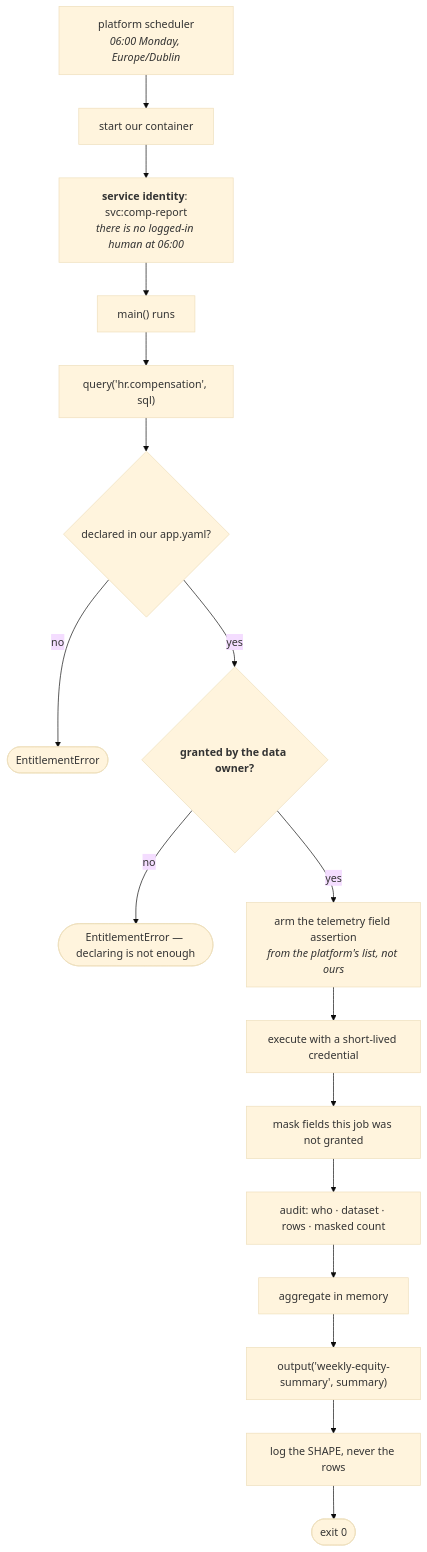
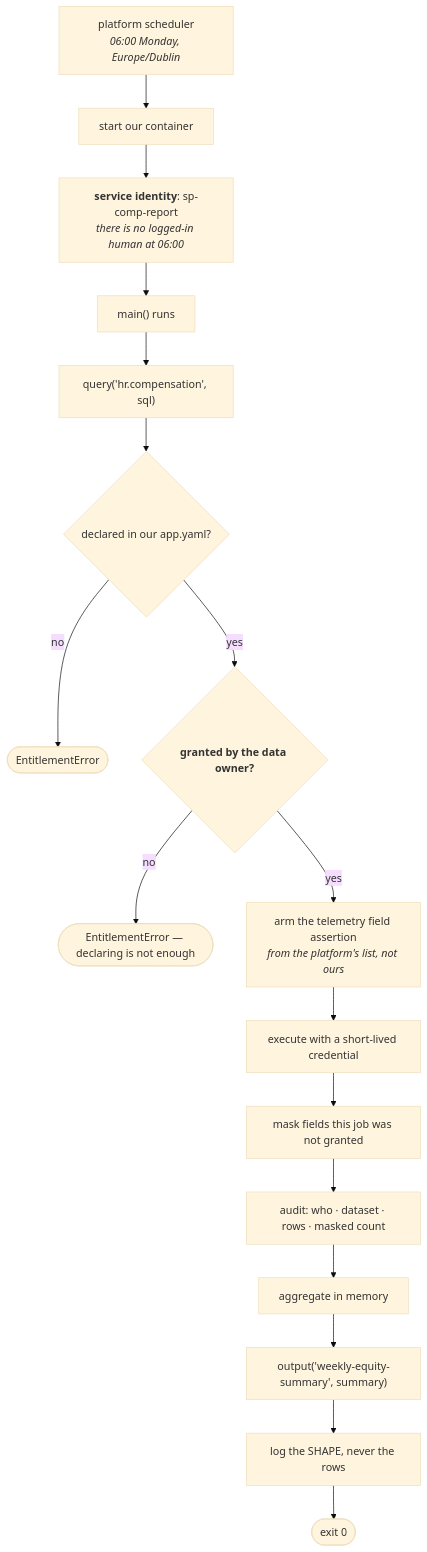
The first of 2 diagrams in README.md (KRISHNABR/insights-comp-report), drawn with Mermaid (base theme) before and after one commit. The commit also changed other lines of this file, not shown here.

First line of the commit message:
One service identity, and a way to read the logs

````diff
--- a/README.md
+++ b/README.md
@@ -81,20 +81,20 @@
 ```mermaid
 flowchart TB
   S["platform scheduler<br/><i>06:00 Monday, Europe/Dublin</i>"] --> C["start our container"]
-  C --> I["<b>service identity</b>: svc:comp-report<br/><i>there is no logged-in human at 06:00</i>"]
+  C --> I["<b>service identity</b>: sp-comp-report<br/><i>there is no logged-in human at 06:00</i>"]
   I --> M["main() runs"]
   M --> Q["query('hr.compensation', sql)"]
 
   Q --> B1{"declared in our app.yaml?"}
   B1 -->|no| E1(["EntitlementError"])
   B1 -->|yes| B2{"<b>granted by the data owner?</b>"}
   B2 -->|no| E2(["EntitlementError — declaring is not enough"])
   B2 -->|yes| B3["arm the telemetry field assertion<br/><i>from the platform's list, not ours</i>"]
   B3 --> B4["execute with a short-lived credential"]
   B4 --> B5["mask fields this job was not granted"]
   B5 --> B6["audit: who · dataset · rows · masked count"]
   B6 --> A["aggregate in memory"]
   A --> O["output('weekly-equity-summary', summary)"]
   O --> L["log the SHAPE, never the rows"]
   L --> X(["exit 0"])
 ```
````
